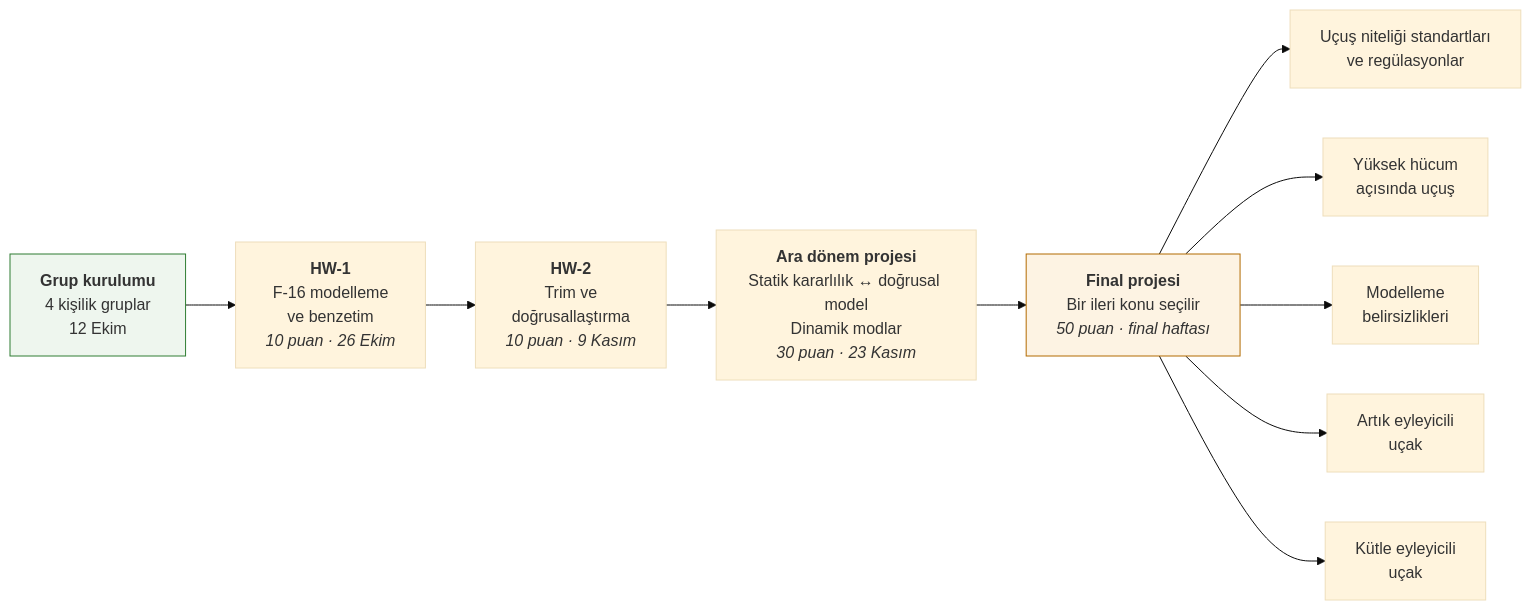
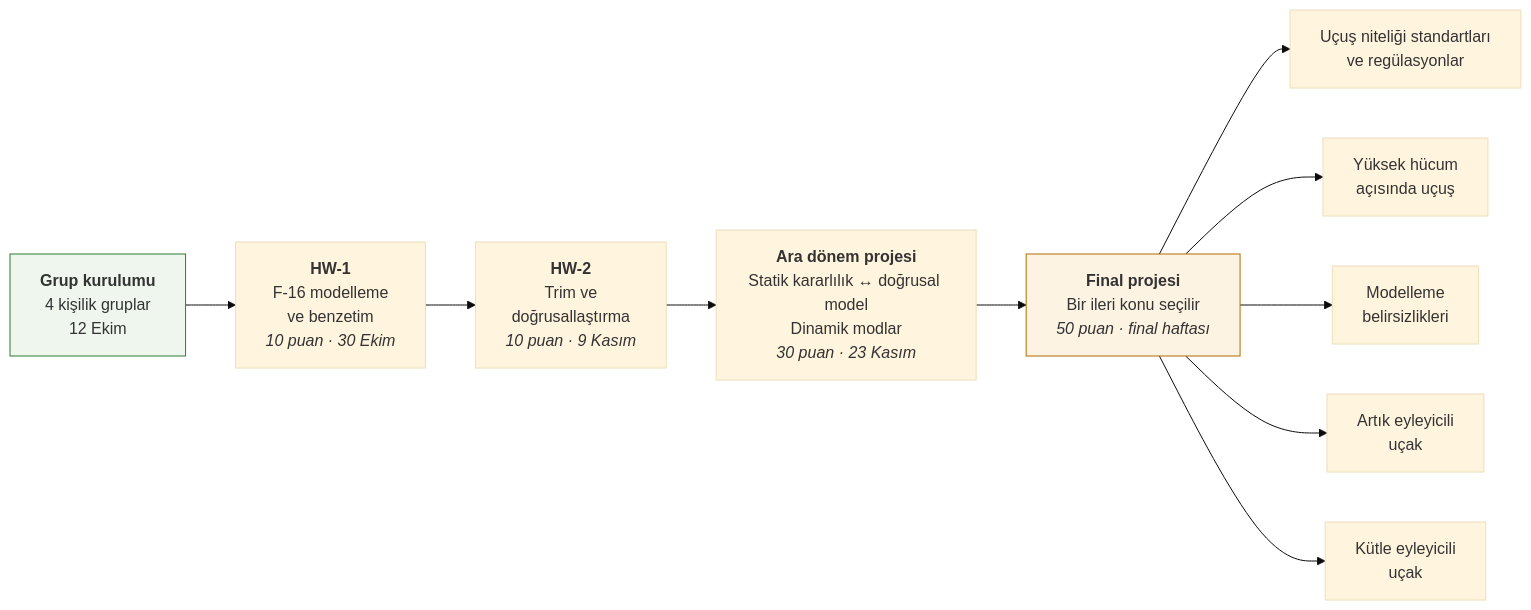
The diagram in README.md (emircansurucu/UUM523E-F16-Flight-Dynamics), drawn with Mermaid (base theme) before and after one commit. The commit also changed other lines of this file and 24 other files, not shown here.

````diff
--- a/README.md
+++ b/README.md
@@ -24,18 +25,18 @@
 ```mermaid
 flowchart LR
     G["<b>Grup kurulumu</b><br/>4 kişilik gruplar<br/>12 Ekim"]
-    H1["<b>HW-1</b><br/>F-16 modelleme<br/>ve benzetim<br/><i>10 puan · 26 Ekim</i>"]
+    H1["<b>HW-1</b><br/>F-16 modelleme<br/>ve benzetim<br/><i>10 puan · 30 Ekim</i>"]
     H2["<b>HW-2</b><br/>Trim ve<br/>doğrusallaştırma<br/><i>10 puan · 9 Kasım</i>"]
     M["<b>Ara dönem projesi</b><br/>Statik kararlılık ↔ doğrusal model<br/>Dinamik modlar<br/><i>30 puan · 23 Kasım</i>"]
     F["<b>Final projesi</b><br/>Bir ileri konu seçilir<br/><i>50 puan · final haftası</i>"]
     G --> H1 --> H2 --> M --> F
 
     F --> T1["Uçuş niteliği standartları<br/>ve regülasyonlar"]
     F --> T2["Yüksek hücum<br/>açısında uçuş"]
     F --> T3["Modelleme<br/>belirsizlikleri"]
     F --> T4["Artık eyleyicili<br/>uçak"]
     F --> T5["Kütle eyleyicili<br/>uçak"]
 
     style G fill:#eef6ee,stroke:#2e7d32
     style F fill:#fdf3e3,stroke:#b26a00
 ```
````
